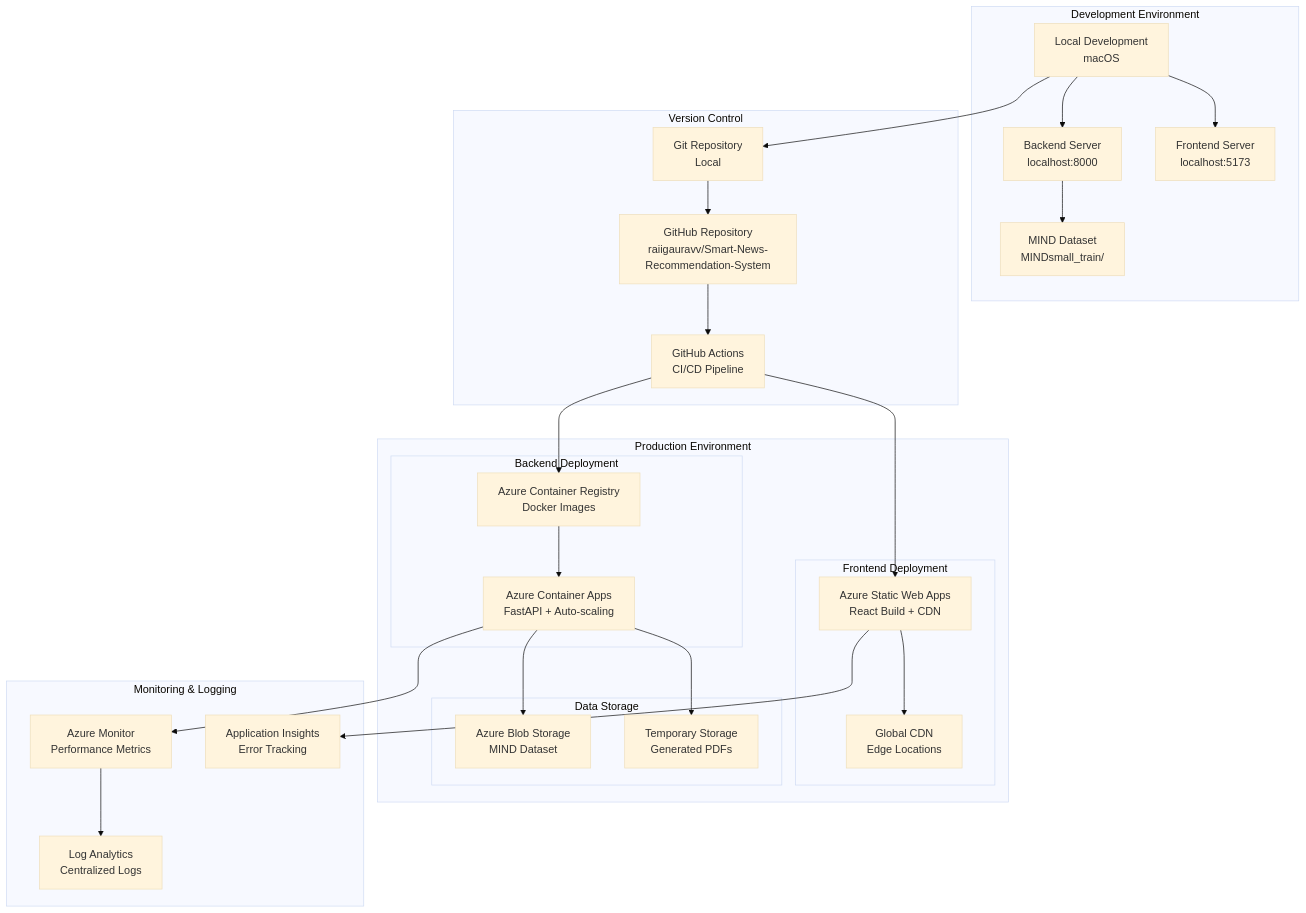
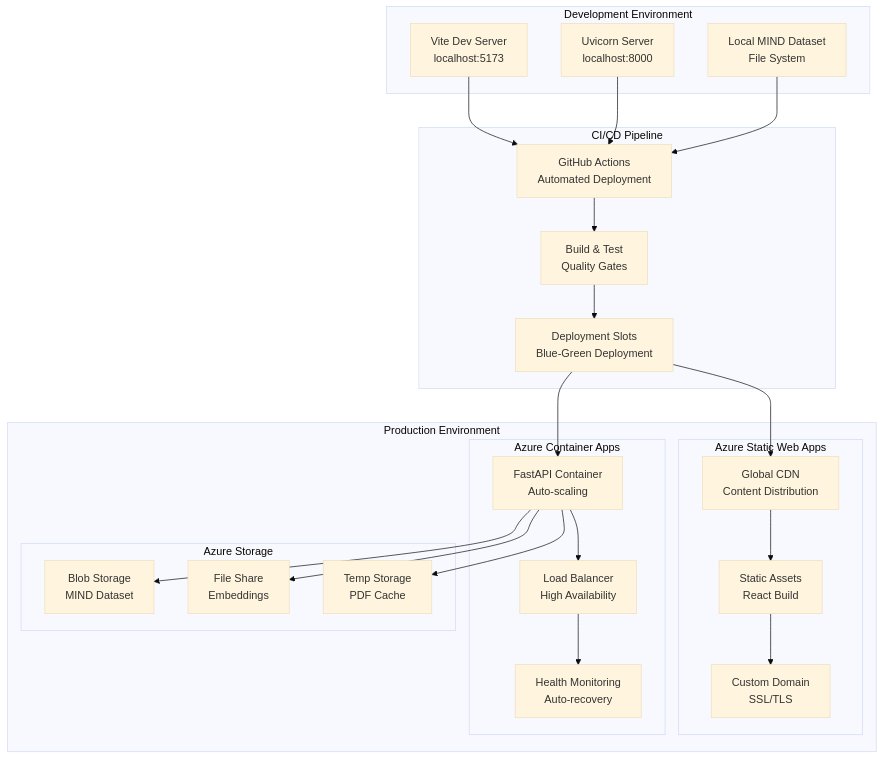
Before and after one commit to raiigauravv/Smart-News-Recommendation-System: the sixth of 9 diagrams in SYSTEM_DIAGRAMS.md, drawn with Mermaid (base theme). The commit also changed other lines of this file, not shown here.

First line of the commit message:
fix: Complete rewrite of SYSTEM_DIAGRAMS.md with clean Mermaid syntax

````diff
--- a/SYSTEM_DIAGRAMS.md
+++ b/SYSTEM_DIAGRAMS.md
@@ -1051,56 +296,54 @@
 ```mermaid
-graph TB
-    subgraph "Development Environment"
-        DevMachine[Local Development<br/>macOS]
-        LocalBackend[Backend Server<br/>localhost:8000]
-        LocalFrontend[Frontend Server<br/>localhost:5173]
-        LocalDataset[MIND Dataset<br/>MINDsmall_train/]
+flowchart TB
+    subgraph Development["Development Environment"]
+        DevFrontend["Vite Dev Server<br/>localhost:5173"]
+        DevBackend["Uvicorn Server<br/>localhost:8000"]
+        LocalData["Local MIND Dataset<br/>File System"]
     end
     
-    subgraph "Version Control"
-        GitRepo[Git Repository<br/>Local]
-        GitHub[GitHub Repository<br/>raiigauravv/Smart-News-Recommendation-System]
-        GitHubActions[GitHub Actions<br/>CI/CD Pipeline]
-    end
-    
-    subgraph "Production Environment"
-        subgraph "Frontend Deployment"
-            AzureStaticApps[Azure Static Web Apps<br/>React Build + CDN]
-            GlobalCDN[Global CDN<br/>Edge Locations]
+    subgraph Production["Production Environment"]
+        subgraph AzureFrontend["Azure Static Web Apps"]
+            CDN["Global CDN<br/>Content Distribution"]
+            StaticFiles["Static Assets<br/>React Build"]
+            CustomDomain["Custom Domain<br/>SSL/TLS"]
         end
-        subgraph "Backend Deployment"
-            AzureContainerApps[Azure Container Apps<br/>FastAPI + Auto-scaling]
-            ContainerRegistry[Azure Container Registry<br/>Docker Images]
+        
+        subgraph AzureBackend["Azure Container Apps"]
+            APIContainer["FastAPI Container<br/>Auto-scaling"]
+            LoadBalancer["Load Balancer<br/>High Availability"]
+            HealthCheck["Health Monitoring<br/>Auto-recovery"]
         end
-        subgraph "Data Storage"
-            AzureStorage[Azure Blob Storage<br/>MIND Dataset]
-            TempStorage[Temporary Storage<br/>Generated PDFs]
+        
+        subgraph AzureStorage["Azure Storage"]
+            BlobStorage["Blob Storage<br/>MIND Dataset"]
+            FileShare["File Share<br/>Embeddings"]
+            TempStorage["Temp Storage<br/>PDF Cache"]
         end
     end
     
-    subgraph "Monitoring & Logging"
-        AzureMonitor[Azure Monitor<br/>Performance Metrics]
-        AppInsights[Application Insights<br/>Error Tracking]
-        LogAnalytics[Log Analytics<br/>Centralized Logs]
+    subgraph CICD["CI/CD Pipeline"]
+        GitHubActions["GitHub Actions<br/>Automated Deployment"]
+        BuildProcess["Build & Test<br/>Quality Gates"]
+        DeploymentSlots["Deployment Slots<br/>Blue-Green Deployment"]
     end
     
-    DevMachine --> LocalBackend
-    DevMachine --> LocalFrontend
-    LocalBackend --> LocalDataset
+    DevFrontend --> GitHubActions
+    DevBackend --> GitHubActions
+    LocalData --> GitHubActions
     
-    DevMachine --> GitRepo
-    GitRepo --> GitHub
-    GitHub --> GitHubActions
+    GitHubActions --> BuildProcess
+    BuildProcess --> DeploymentSlots
     
-    GitHubActions --> AzureStaticApps
-    GitHubActions --> ContainerRegistry
-    ContainerRegistry --> AzureContainerApps
+    DeploymentSlots --> CDN
+    DeploymentSlots --> APIContainer
     
-    AzureStaticApps --> GlobalCDN
-    AzureContainerApps --> AzureStorage
-    AzureContainerApps --> TempStorage
+    CDN --> StaticFiles
+    StaticFiles --> CustomDomain
     
-    AzureContainerApps --> AzureMonitor
-    AzureStaticApps --> AppInsights
-    AzureMonitor --> LogAnalytics
+    APIContainer --> LoadBalancer
+    LoadBalancer --> HealthCheck
+    
+    APIContainer --> BlobStorage
+    APIContainer --> FileShare
+    APIContainer --> TempStorage
 ```
````
